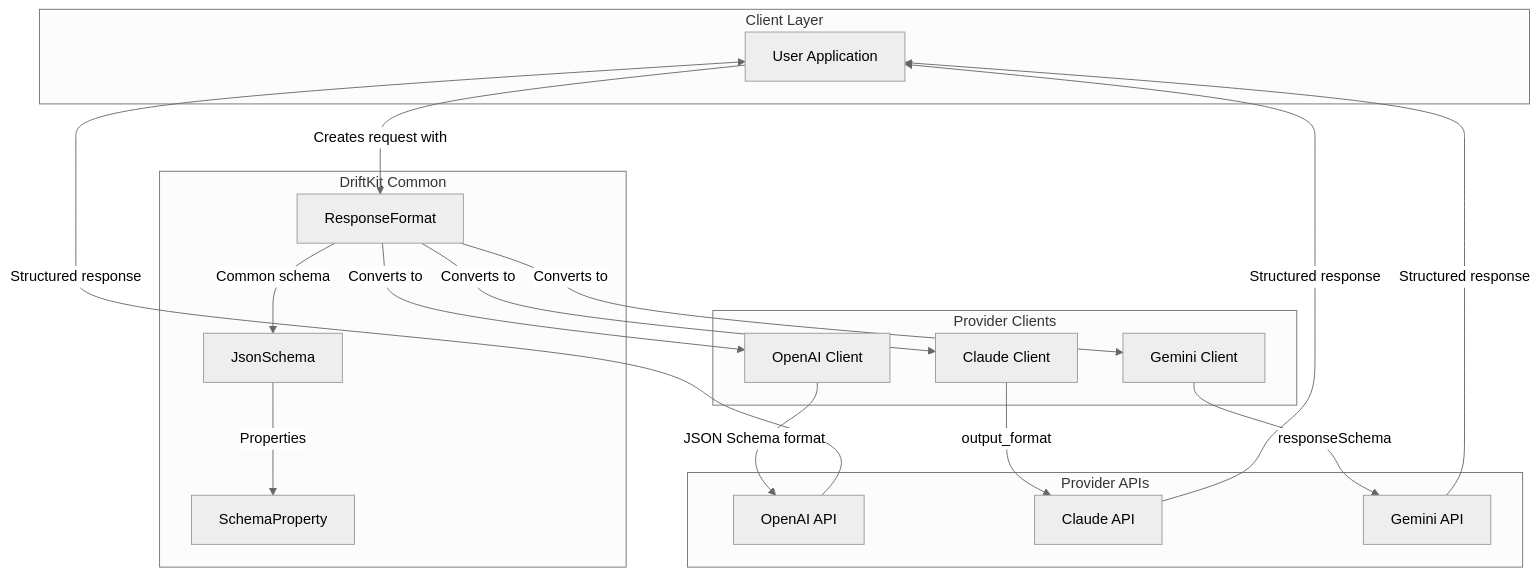
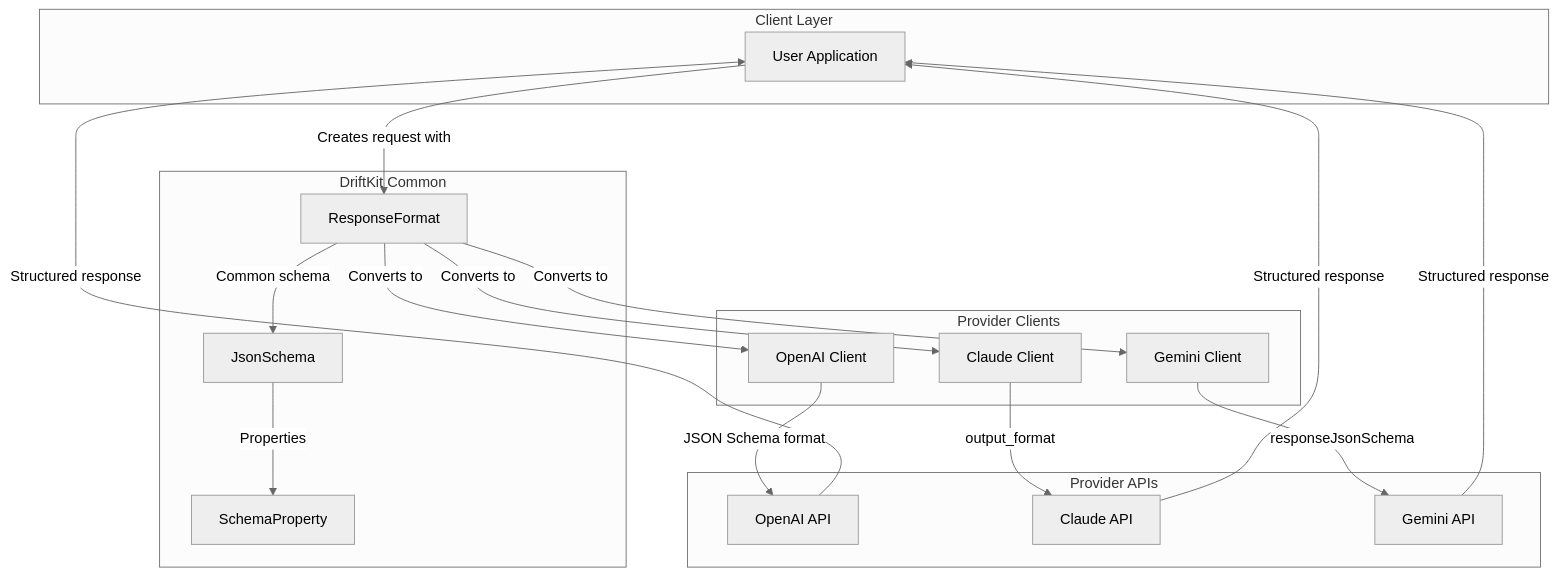
The first of 19 diagrams in docs/STRUCTURED_OUTPUTS_IMPLEMENTATION.md (driftkit-ai/driftkit-framework), drawn with Mermaid (neutral theme) before and after one commit. The commit also changed other lines of this file and 5 other files, not shown here.

````diff
--- a/docs/STRUCTURED_OUTPUTS_IMPLEMENTATION.md
+++ b/docs/STRUCTURED_OUTPUTS_IMPLEMENTATION.md
@@ -22,40 +22,40 @@
 ```mermaid
 graph TB
     subgraph "Client Layer"
         User[User Application]
     end
 
     subgraph "DriftKit Common"
         RF[ResponseFormat]
         JS[JsonSchema]
         SP[SchemaProperty]
     end
 
     subgraph "Provider Clients"
         OAI[OpenAI Client]
         CLA[Claude Client]
         GEM[Gemini Client]
     end
 
     subgraph "Provider APIs"
         OAIAPI[OpenAI API]
         CLAAPI[Claude API]
         GEMAPI[Gemini API]
     end
 
     User -->|Creates request with| RF
     RF -->|Common schema| JS
     JS -->|Properties| SP
 
     RF -->|Converts to| OAI
     RF -->|Converts to| CLA
     RF -->|Converts to| GEM
 
     OAI -->|JSON Schema format| OAIAPI
     CLA -->|output_format| CLAAPI
-    GEM -->|responseSchema| GEMAPI
+    GEM -->|responseJsonSchema| GEMAPI
 
     OAIAPI -->|Structured response| User
     CLAAPI -->|Structured response| User
     GEMAPI -->|Structured response| User
 ```
````
